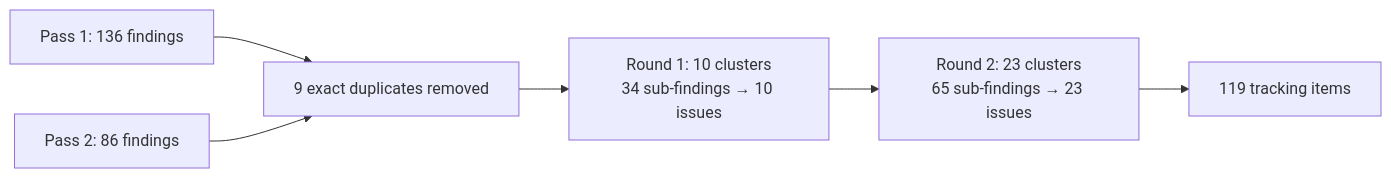
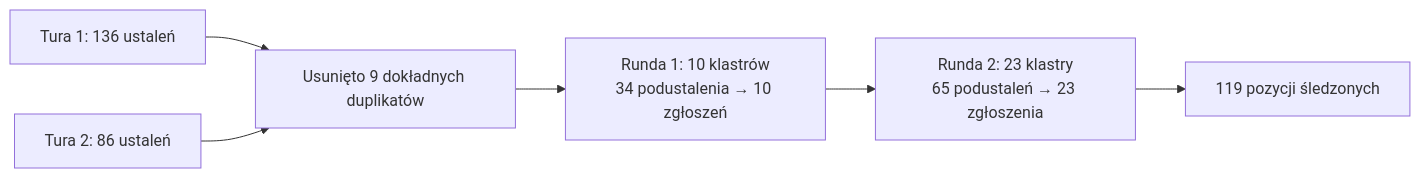
The diagram in docs-issues.md (leszek3737/librefang-WIki), drawn with Mermaid before and after one commit. The commit also changed other lines of this file and 104 other files, not shown here.

````diff
--- a/docs-issues.md
+++ b/docs-issues.md
@@ -49,8 +49,8 @@
 ```mermaid
 graph LR
-    P1["Pass 1: 136 findings"] --> DEDUP["9 exact duplicates removed"]
-    P2["Pass 2: 86 findings"] --> DEDUP
-    DEDUP --> R1["Round 1: 10 clusters<br/>34 sub-findings → 10 issues"]
-    R1 --> R2["Round 2: 23 clusters<br/>65 sub-findings → 23 issues"]
-    R2 --> TOTAL["119 tracking items"]
+    P1["Tura 1: 136 ustaleń"] --> DEDUP["Usunięto 9 dokładnych duplikatów"]
+    P2["Tura 2: 86 ustaleń"] --> DEDUP
+    DEDUP --> R1["Runda 1: 10 klastrów<br/>34 podustalenia → 10 zgłoszeń"]
+    R1 --> R2["Runda 2: 23 klastry<br/>65 podustaleń → 23 zgłoszenia"]
+    R2 --> TOTAL["119 pozycji śledzonych"]
 ```
````
